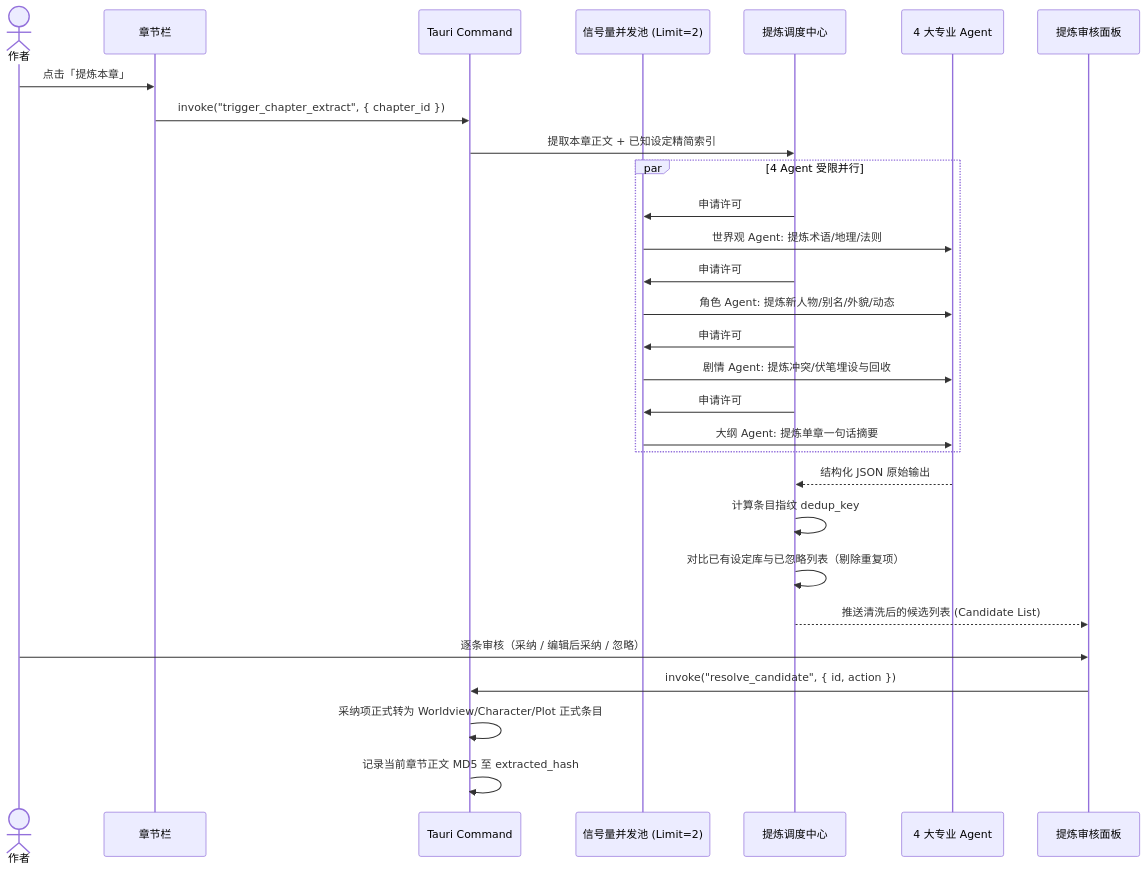
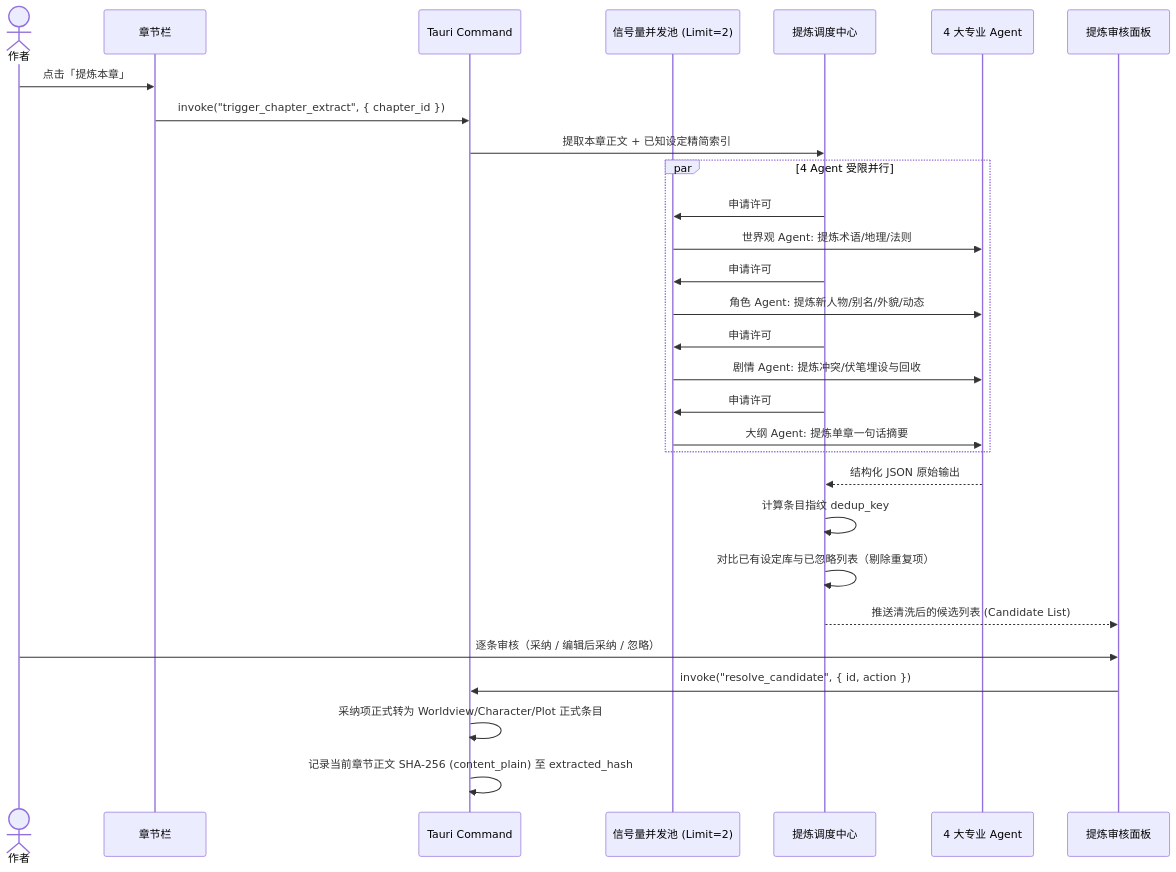
The fourth of 4 diagrams in Docs/Easy-writing · 实施计划.md (orderye/Easy-writing), drawn with Mermaid before and after one commit. The commit also changed other lines of this file and 34 other files, not shown here.

````diff
--- a/Docs/Easy-writing · 实施计划.md
+++ b/Docs/Easy-writing · 实施计划.md
@@ -766,35 +707,35 @@
 ```mermaid
 sequenceDiagram
     actor User as 作者
     participant Nav as 章节栏
     participant Tauri as Tauri Command
     participant Semaphore as 信号量并发池 (Limit=2)
     participant Extractor as 提炼调度中心
     participant Agents as 4 大专业 Agent
     participant Panel as 提炼审核面板
 
     User->>Nav: 点击「提炼本章」
     Nav->>Tauri: invoke("trigger_chapter_extract", { chapter_id })
     Tauri->>Extractor: 提取本章正文 + 已知设定精简索引
     
     par 4 Agent 受限并行
         Extractor->>Semaphore: 申请许可
         Semaphore->>Agents: 世界观 Agent: 提炼术语/地理/法则
         Extractor->>Semaphore: 申请许可
         Semaphore->>Agents: 角色 Agent: 提炼新人物/别名/外貌/动态
         Extractor->>Semaphore: 申请许可
         Semaphore->>Agents: 剧情 Agent: 提炼冲突/伏笔埋设与回收
         Extractor->>Semaphore: 申请许可
         Semaphore->>Agents: 大纲 Agent: 提炼单章一句话摘要
     end
 
     Agents-->>Extractor: 结构化 JSON 原始输出
     Extractor->>Extractor: 计算条目指纹 dedup_key
     Extractor->>Extractor: 对比已有设定库与已忽略列表（剔除重复项）
     Extractor-->>Panel: 推送清洗后的候选列表 (Candidate List)
     
     User->>Panel: 逐条审核（采纳 / 编辑后采纳 / 忽略）
     Panel->>Tauri: invoke("resolve_candidate", { id, action })
     Tauri->>Tauri: 采纳项正式转为 Worldview/Character/Plot 正式条目
-    Tauri->>Tauri: 记录当前章节正文 MD5 至 extracted_hash
+    Tauri->>Tauri: 记录当前章节正文 SHA-256 (content_plain) 至 extracted_hash
 ```
````
